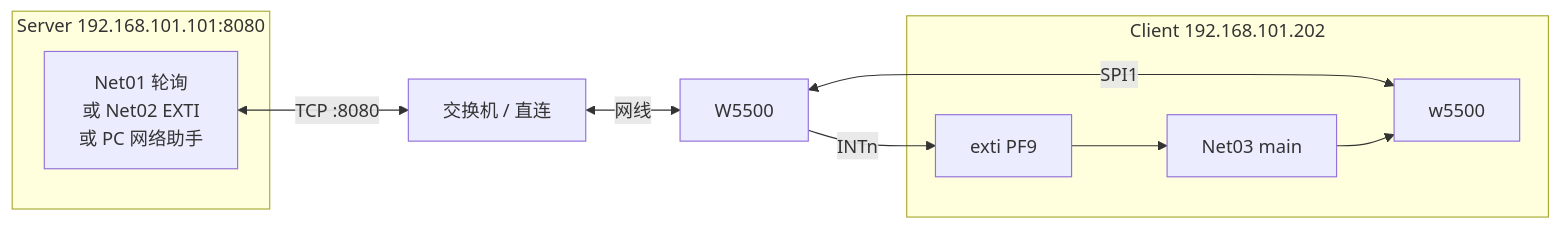
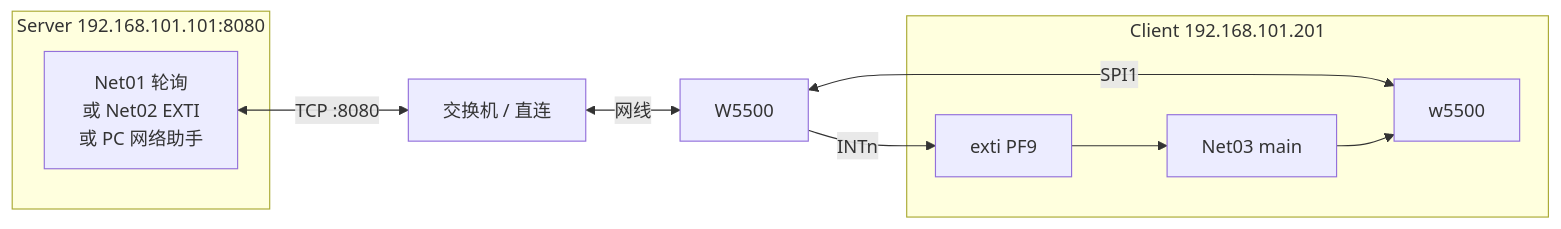
Before and after one commit to mdbsliguo/stm32_template_SPL: the first of 5 diagrams in Examples/Net/Net03_W5500_Client/README.md, drawn with Mermaid. The commit also changed other lines of this file and 35 other files, not shown here.

````diff
--- a/Examples/Net/Net03_W5500_Client/README.md
+++ b/Examples/Net/Net03_W5500_Client/README.md
@@ -97,18 +97,18 @@
 ```mermaid
 flowchart LR
     subgraph SRV["Server 192.168.101.101:8080"]
         N01["Net01 轮询\n或 Net02 EXTI\n或 PC 网络助手"]
     end
-    subgraph CLI["Client 192.168.101.202"]
+    subgraph CLI["Client 192.168.101.201"]
         N03["Net03 main"]
         WDRV["w5500"]
         EXTI["exti PF9"]
     end
     SW["交换机 / 直连"]
     N01 <-->|"TCP :8080"| SW
     SW <-->|网线| W5500["W5500"]
     W5500 <-->|SPI1| WDRV
     W5500 -->|INTn| EXTI
     EXTI --> N03
     N03 --> WDRV
 ```
````
